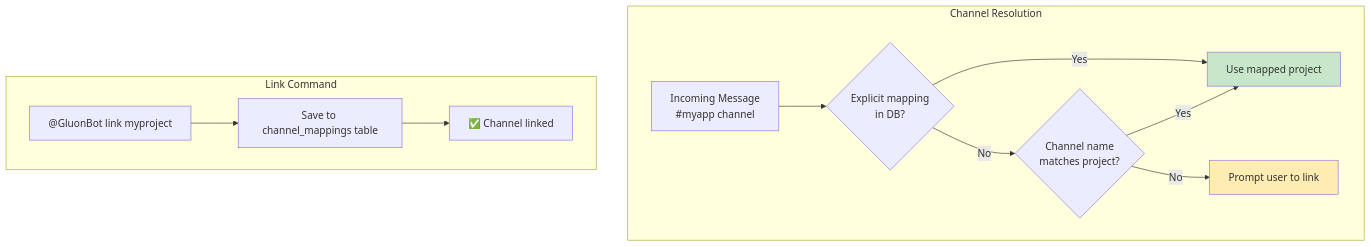
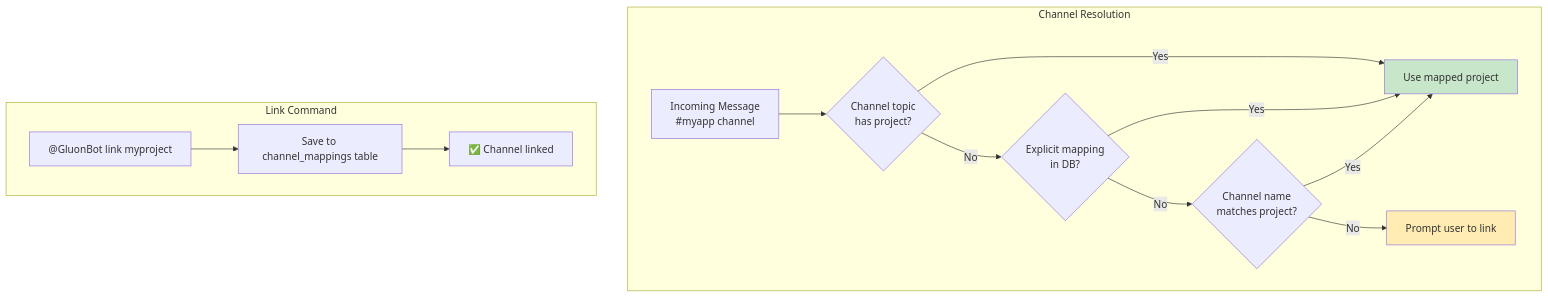
The first of 3 diagrams in docs/DISCORD-BOT.md (carrotly-ai/gluon-agent), drawn with Mermaid before and after one commit. The commit also changed other lines of this file and 6 other files, not shown here.

First line of the commit message:
docs: update documentation with recent features and architecture changes

````diff
--- a/docs/DISCORD-BOT.md
+++ b/docs/DISCORD-BOT.md
@@ -66,22 +113,25 @@
 ```mermaid
 flowchart TD
     subgraph "Channel Resolution"
         MSG[Incoming Message<br/>#myapp channel]
-        MSG --> CHECK1{Explicit mapping<br/>in DB?}
+        MSG --> CHECK0{Channel topic<br/>has project?}
 
-        CHECK1 -->|Yes| FOUND[Use mapped project]
+        CHECK0 -->|Yes| FOUND[Use mapped project]
+        CHECK0 -->|No| CHECK1{Explicit mapping<br/>in DB?}
+
+        CHECK1 -->|Yes| FOUND
         CHECK1 -->|No| CHECK2{Channel name<br/>matches project?}
 
         CHECK2 -->|Yes| FOUND
         CHECK2 -->|No| PROMPT[Prompt user to link]
     end
 
     subgraph "Link Command"
         LINK["@GluonBot link myproject"]
         LINK --> SAVE[Save to channel_mappings table]
         SAVE --> CONFIRM["✅ Channel linked"]
     end
 
     style FOUND fill:#c8e6c9
     style PROMPT fill:#ffecb3
 ```
````
